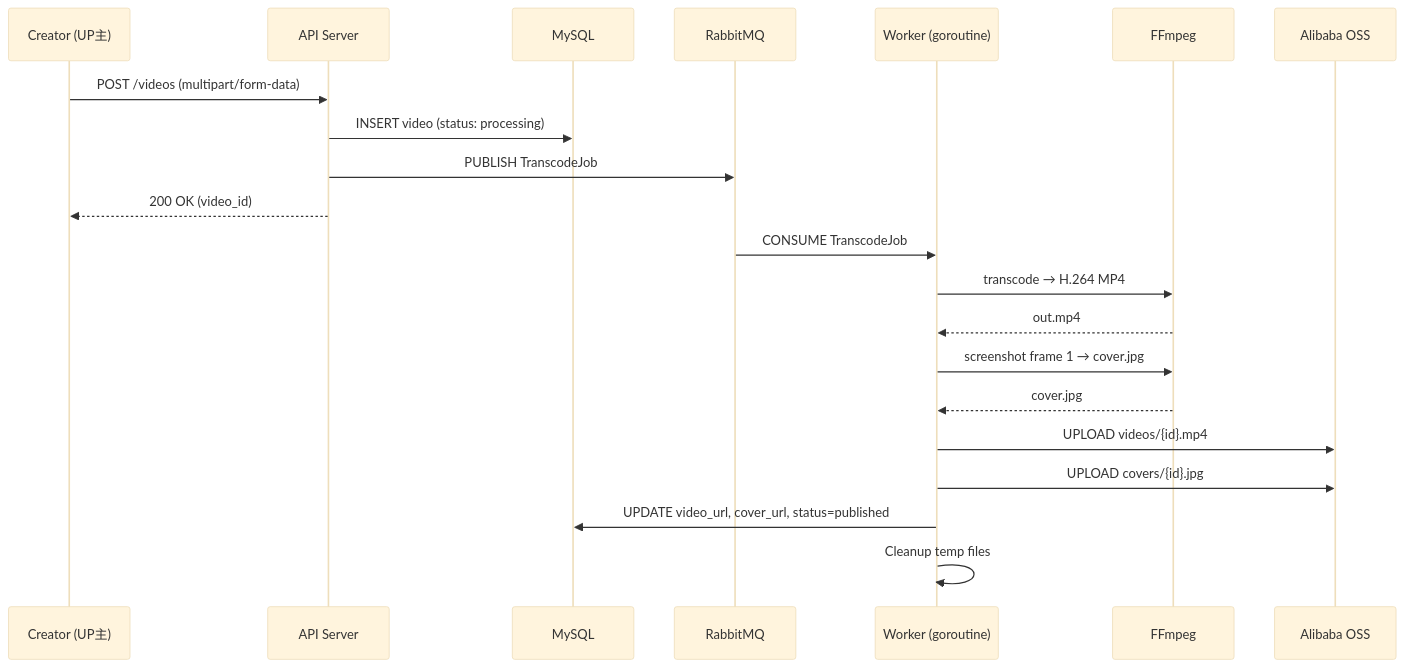
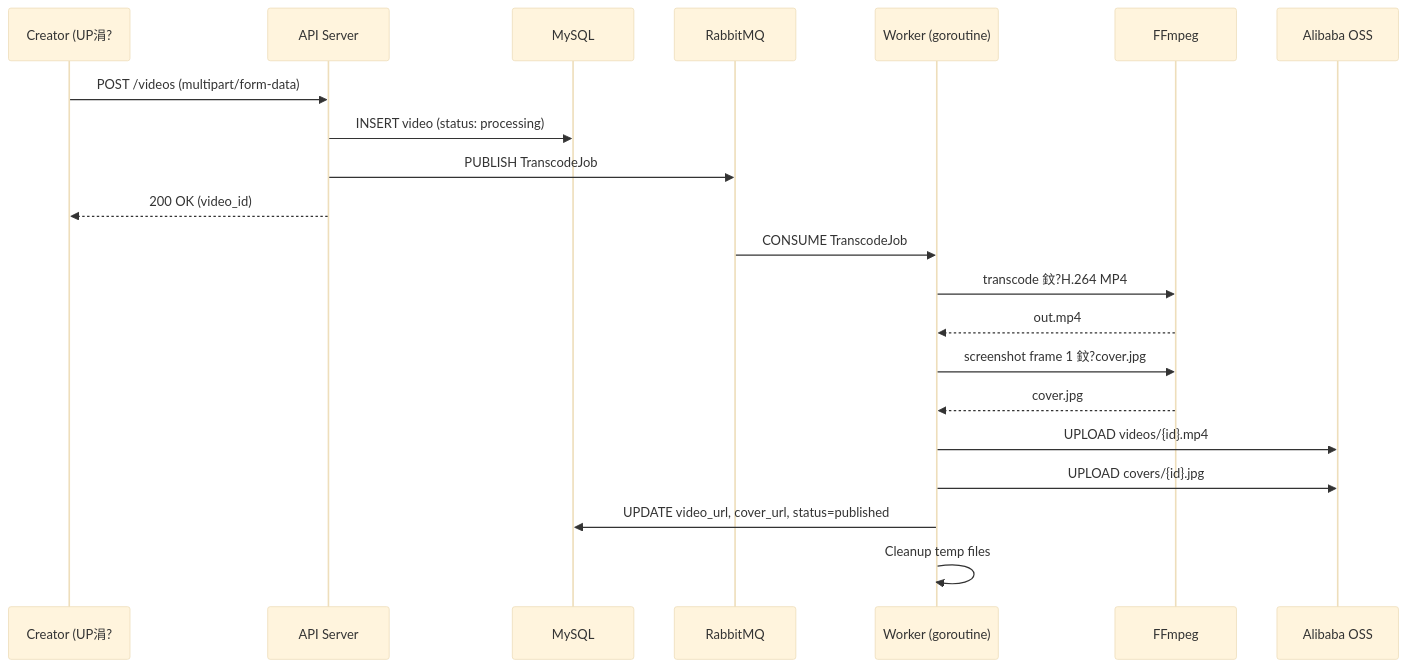
One commit to earthcake2233/cakecake changed the third of 4 diagrams in docs/ARCHITECTURE_EN.md. Above: the diagram before and after it, drawn with Mermaid (base theme). The commit also changed other lines of this file and 14 other files, not shown here.

````diff
--- a/docs/ARCHITECTURE_EN.md
+++ b/docs/ARCHITECTURE_EN.md
@@ -120,25 +121,25 @@
 ```mermaid
 sequenceDiagram
-    participant C as Creator (UP主)
+    participant C as Creator (UP涓?
     participant API as API Server
     participant DB as MySQL
     participant RMQ as RabbitMQ
     participant W as Worker (goroutine)
     participant FF as FFmpeg
     participant OSS as Alibaba OSS
 
     C->>API: POST /videos (multipart/form-data)
     API->>DB: INSERT video (status: processing)
     API->>RMQ: PUBLISH TranscodeJob
     API-->>C: 200 OK (video_id)
 
     RMQ->>W: CONSUME TranscodeJob
-    W->>FF: transcode → H.264 MP4
+    W->>FF: transcode 鈫?H.264 MP4
     FF-->>W: out.mp4
-    W->>FF: screenshot frame 1 → cover.jpg
+    W->>FF: screenshot frame 1 鈫?cover.jpg
     FF-->>W: cover.jpg
     W->>OSS: UPLOAD videos/{id}.mp4
     W->>OSS: UPLOAD covers/{id}.jpg
     W->>DB: UPDATE video_url, cover_url, status=published
     W->>W: Cleanup temp files
 ```
````
